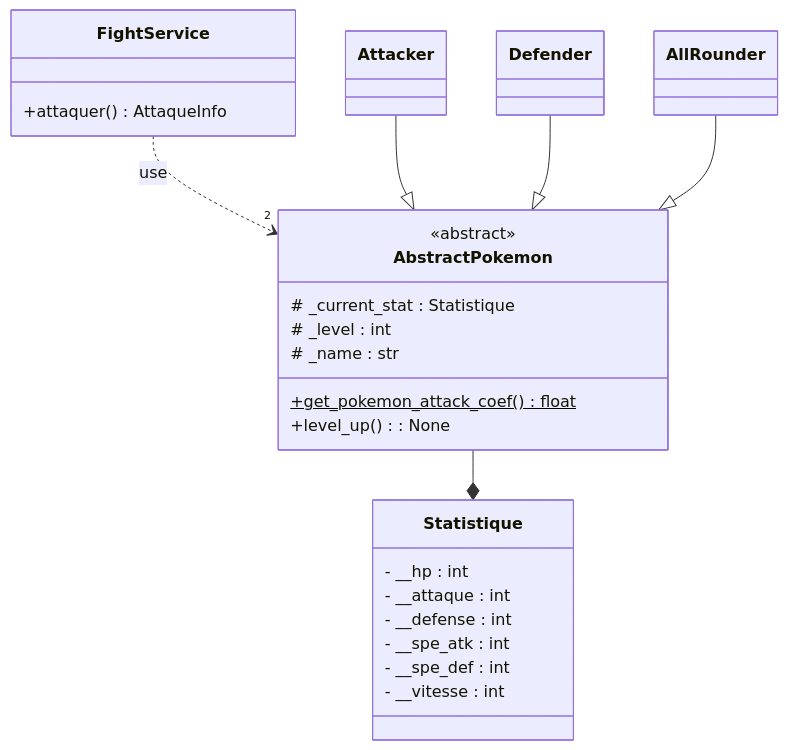
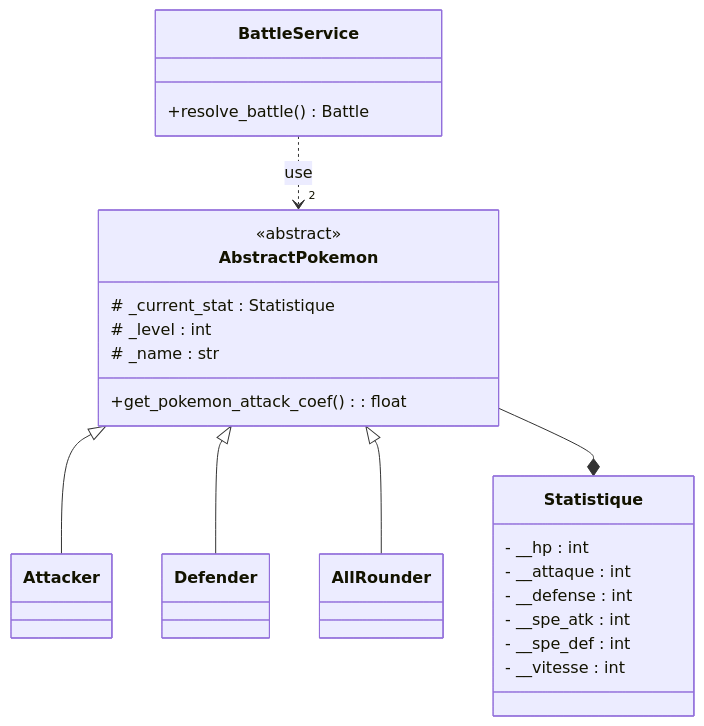
Before and after one commit to ludo2ne/ENSAI-2A-complement-info: the second of 5 diagrams in TP/TP1 POO, objets métier et pattern strategy.md, drawn with Mermaid. The commit also changed other lines of this file, not shown here.

Commit message:
pokemon wip

````diff
--- a/TP/TP1 POO, objets métier et pattern strategy.md
+++ b/TP/TP1 POO, objets métier et pattern strategy.md
@@ -134,33 +143,31 @@
 ```mermaid
 classDiagram
- class AbstractPokemon {
- <<abstract>>
-  # _current_stat : Statistique
-  # _level : int
-  # _name : str
-  +get_pokemon_attack_coef()$ float
-  +level_up() : None
+  class AbstractPokemon {
+    <<abstract>>
+    # _current_stat : Statistique
+    # _level : int
+    # _name : str
+    +get_pokemon_attack_coef() :  float
   }
   
- class FightService {
-  +attaquer() AttaqueInfo
- }
+  class BattleService {
+    +resolve_battle() Battle
+  } 
  
+  class Statistique {
+    - __hp : int
+    - __attaque : int
+    - __defense : int
+    - __spe_atk : int
+    - __spe_def : int
+    - __vitesse : int
+   }
  
- class Statistique {
-        - __hp : int
-        - __attaque : int
-        - __defense : int
-        - __spe_atk : int
-        - __spe_def : int
-        - __vitesse : int
- }
- 
- FightService ..>"2" AbstractPokemon : use
- Attacker --|> AbstractPokemon
- Defender --|> AbstractPokemon
- AllRounder --|> AbstractPokemon
- AbstractPokemon --* Statistique
+  AbstractPokemon <|-- Attacker
+  AbstractPokemon <|-- Defender
+  AbstractPokemon <|-- AllRounder
+  AbstractPokemon --* Statistique
+  BattleService ..>"2" AbstractPokemon : use
 
 
 ```
````
